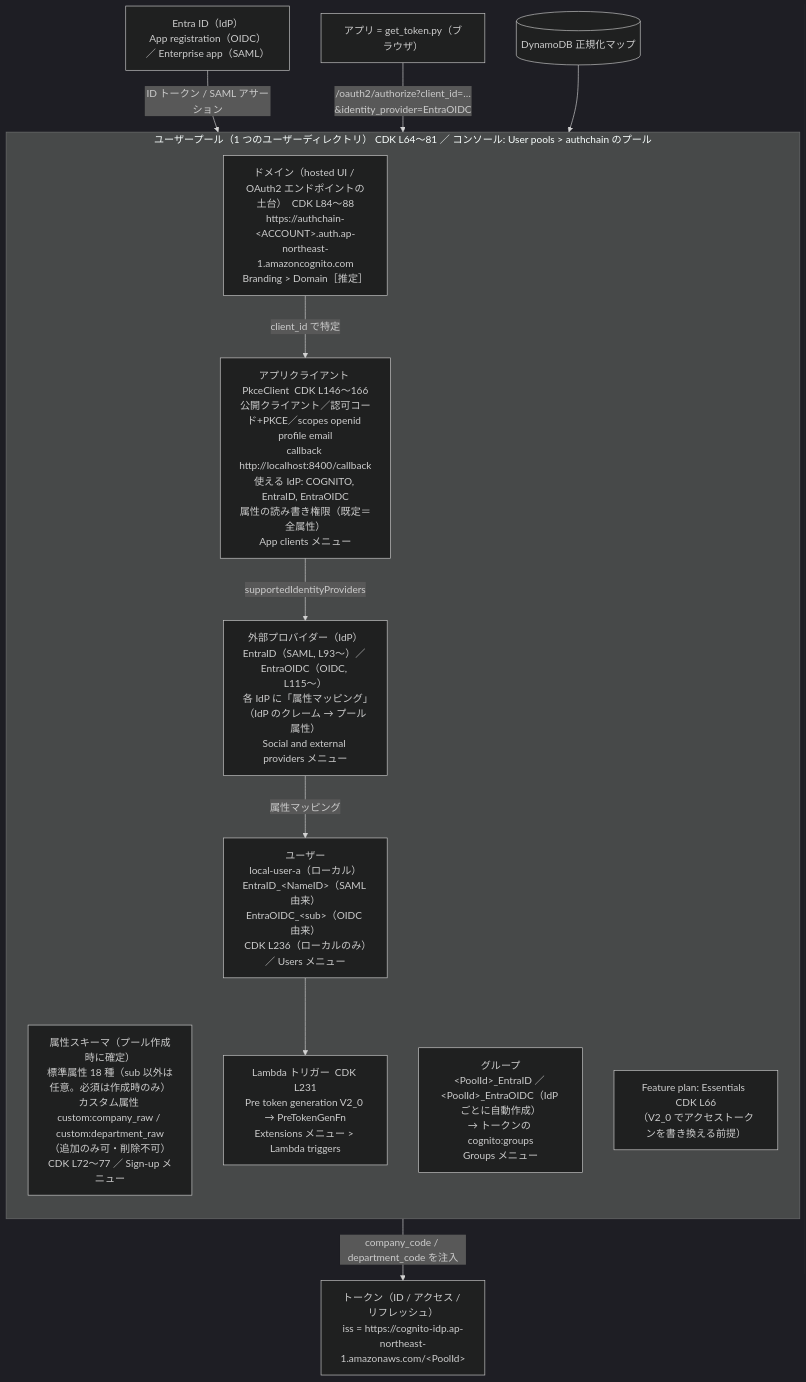
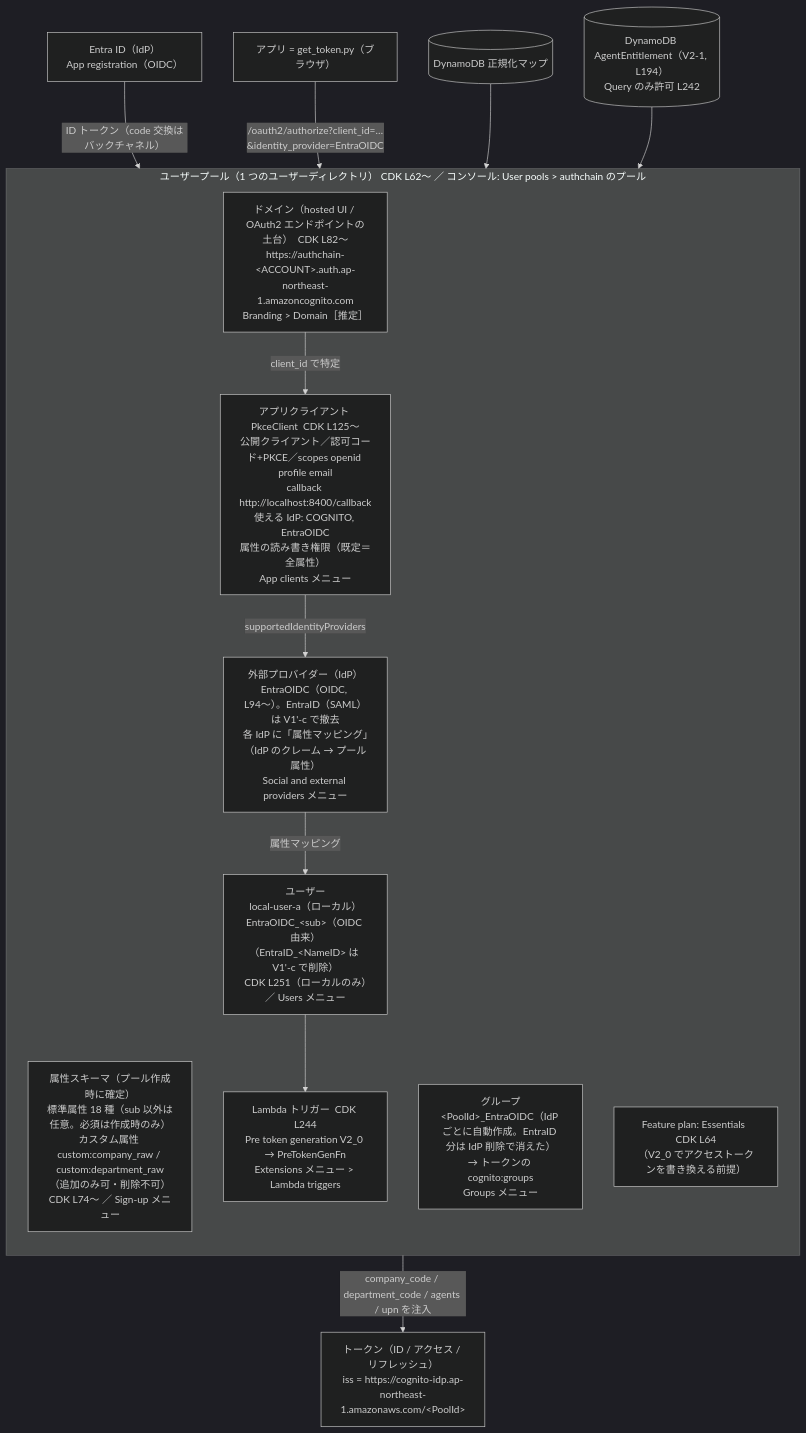
The diagram in CDK/agentcore-authchain/docs/整理_Cognito全体像_v1_0.md (yuki-m1216/Training), drawn with Mermaid (dark theme) before and after one commit. The commit also changed other lines of this file and 3 other files, not shown here.

First line of the commit message:
docs(agentcore-authchain): SAML/OIDC 比較・ツール使い方・索引を追加、Cognito 全体像を V2-1 時点に更新

````diff
--- a/CDK/agentcore-authchain/docs/整理_Cognito全体像_v1_0.md
+++ b/CDK/agentcore-authchain/docs/整理_Cognito全体像_v1_0.md
@@ -7,22 +7,23 @@
 ```mermaid
 flowchart TB
-    subgraph UP["ユーザープール（1 つのユーザーディレクトリ）  CDK L64〜81  ／  コンソール: User pools > authchain のプール"]
+    subgraph UP["ユーザープール（1 つのユーザーディレクトリ）  CDK L62〜  ／  コンソール: User pools > authchain のプール"]
         direction TB
-        SCHEMA["属性スキーマ（プール作成時に確定）<br/>標準属性 18 種（sub 以外は任意。必須は作成時のみ）<br/>カスタム属性 custom:company_raw / custom:department_raw（追加のみ可・削除不可）<br/>CDK L72〜77 ／ Sign-up メニュー"]
-        USERS["ユーザー<br/>local-user-a（ローカル）<br/>EntraID_&lt;NameID&gt;（SAML 由来）<br/>EntraOIDC_&lt;sub&gt;（OIDC 由来）<br/>CDK L236（ローカルのみ）／ Users メニュー"]
-        GROUPS["グループ<br/>&lt;PoolId&gt;_EntraID ／ &lt;PoolId&gt;_EntraOIDC（IdP ごとに自動作成）<br/>→ トークンの cognito:groups<br/>Groups メニュー"]
-        IDPS["外部プロバイダー（IdP）<br/>EntraID（SAML, L93〜）／ EntraOIDC（OIDC, L115〜）<br/>各 IdP に「属性マッピング」（IdP のクレーム → プール属性）<br/>Social and external providers メニュー"]
-        CLIENT["アプリクライアント PkceClient  CDK L146〜166<br/>公開クライアント／認可コード+PKCE／scopes openid profile email<br/>callback http://localhost:8400/callback<br/>使える IdP: COGNITO, EntraID, EntraOIDC<br/>属性の読み書き権限（既定＝全属性）<br/>App clients メニュー"]
-        DOMAIN["ドメイン（hosted UI / OAuth2 エンドポイントの土台）  CDK L84〜88<br/>https://authchain-&lt;ACCOUNT&gt;.auth.ap-northeast-1.amazoncognito.com<br/>Branding &gt; Domain［推定］"]
-        TRIG["Lambda トリガー  CDK L231<br/>Pre token generation V2_0 → PreTokenGenFn<br/>Extensions メニュー > Lambda triggers"]
-        PLAN["Feature plan: Essentials  CDK L66<br/>（V2_0 でアクセストークンを書き換える前提）"]
+        SCHEMA["属性スキーマ（プール作成時に確定）<br/>標準属性 18 種（sub 以外は任意。必須は作成時のみ）<br/>カスタム属性 custom:company_raw / custom:department_raw（追加のみ可・削除不可）<br/>CDK L74〜 ／ Sign-up メニュー"]
+        USERS["ユーザー<br/>local-user-a（ローカル）<br/>EntraOIDC_&lt;sub&gt;（OIDC 由来）<br/>（EntraID_&lt;NameID&gt; は V1'-c で削除）<br/>CDK L251（ローカルのみ）／ Users メニュー"]
+        GROUPS["グループ<br/>&lt;PoolId&gt;_EntraOIDC（IdP ごとに自動作成。EntraID 分は IdP 削除で消えた）<br/>→ トークンの cognito:groups<br/>Groups メニュー"]
+        IDPS["外部プロバイダー（IdP）<br/>EntraOIDC（OIDC, L94〜）。EntraID（SAML）は V1'-c で撤去<br/>各 IdP に「属性マッピング」（IdP のクレーム → プール属性）<br/>Social and external providers メニュー"]
+        CLIENT["アプリクライアント PkceClient  CDK L125〜<br/>公開クライアント／認可コード+PKCE／scopes openid profile email<br/>callback http://localhost:8400/callback<br/>使える IdP: COGNITO, EntraOIDC<br/>属性の読み書き権限（既定＝全属性）<br/>App clients メニュー"]
+        DOMAIN["ドメイン（hosted UI / OAuth2 エンドポイントの土台）  CDK L82〜<br/>https://authchain-&lt;ACCOUNT&gt;.auth.ap-northeast-1.amazoncognito.com<br/>Branding &gt; Domain［推定］"]
+        TRIG["Lambda トリガー  CDK L244<br/>Pre token generation V2_0 → PreTokenGenFn<br/>Extensions メニュー > Lambda triggers"]
+        PLAN["Feature plan: Essentials  CDK L64<br/>（V2_0 でアクセストークンを書き換える前提）"]
     end
-    ENTRA["Entra ID（IdP）<br/>App registration（OIDC）／ Enterprise app（SAML）"] -->|"ID トークン / SAML アサーション"| IDPS
+    ENTRA["Entra ID（IdP）<br/>App registration（OIDC）"] -->|"ID トークン（code 交換はバックチャネル）"| IDPS
     IDPS -->|"属性マッピング"| USERS
     APP["アプリ = get_token.py（ブラウザ）"] -->|"/oauth2/authorize?client_id=…&identity_provider=EntraOIDC"| DOMAIN
     DOMAIN -->|"client_id で特定"| CLIENT
     CLIENT -->|"supportedIdentityProviders"| IDPS
     USERS --> TRIG
-    TRIG -->|"company_code / department_code を注入"| TOKENS["トークン（ID / アクセス / リフレッシュ）<br/>iss = https://cognito-idp.ap-northeast-1.amazonaws.com/&lt;PoolId&gt;"]
+    TRIG -->|"company_code / department_code / agents / upn を注入"| TOKENS["トークン（ID / アクセス / リフレッシュ）<br/>iss = https://cognito-idp.ap-northeast-1.amazonaws.com/&lt;PoolId&gt;"]
     DDB[("DynamoDB 正規化マップ")] --> TRIG
+    ENT[("DynamoDB AgentEntitlement（V2-1, L194）<br/>Query のみ許可 L242")] --> TRIG
 ```
````
